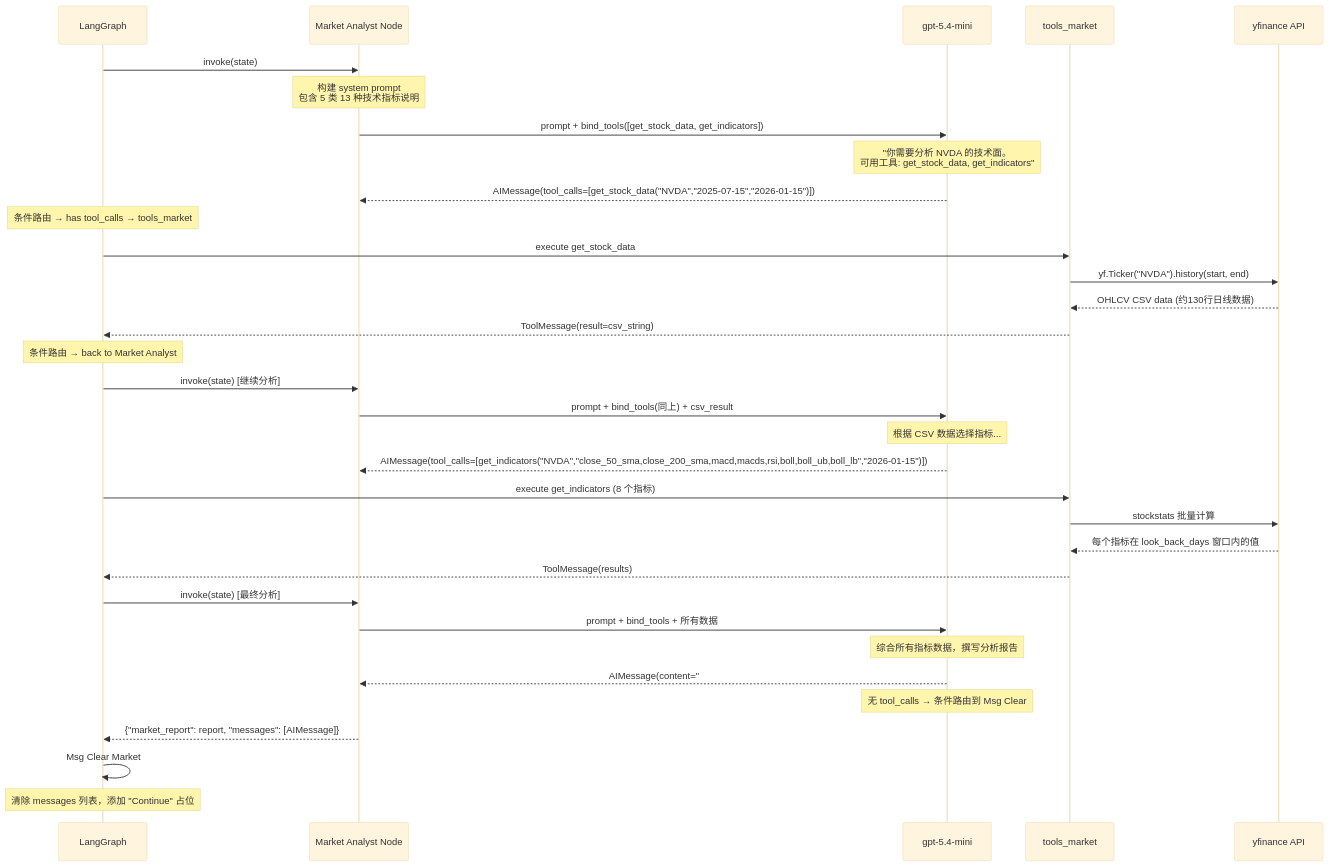
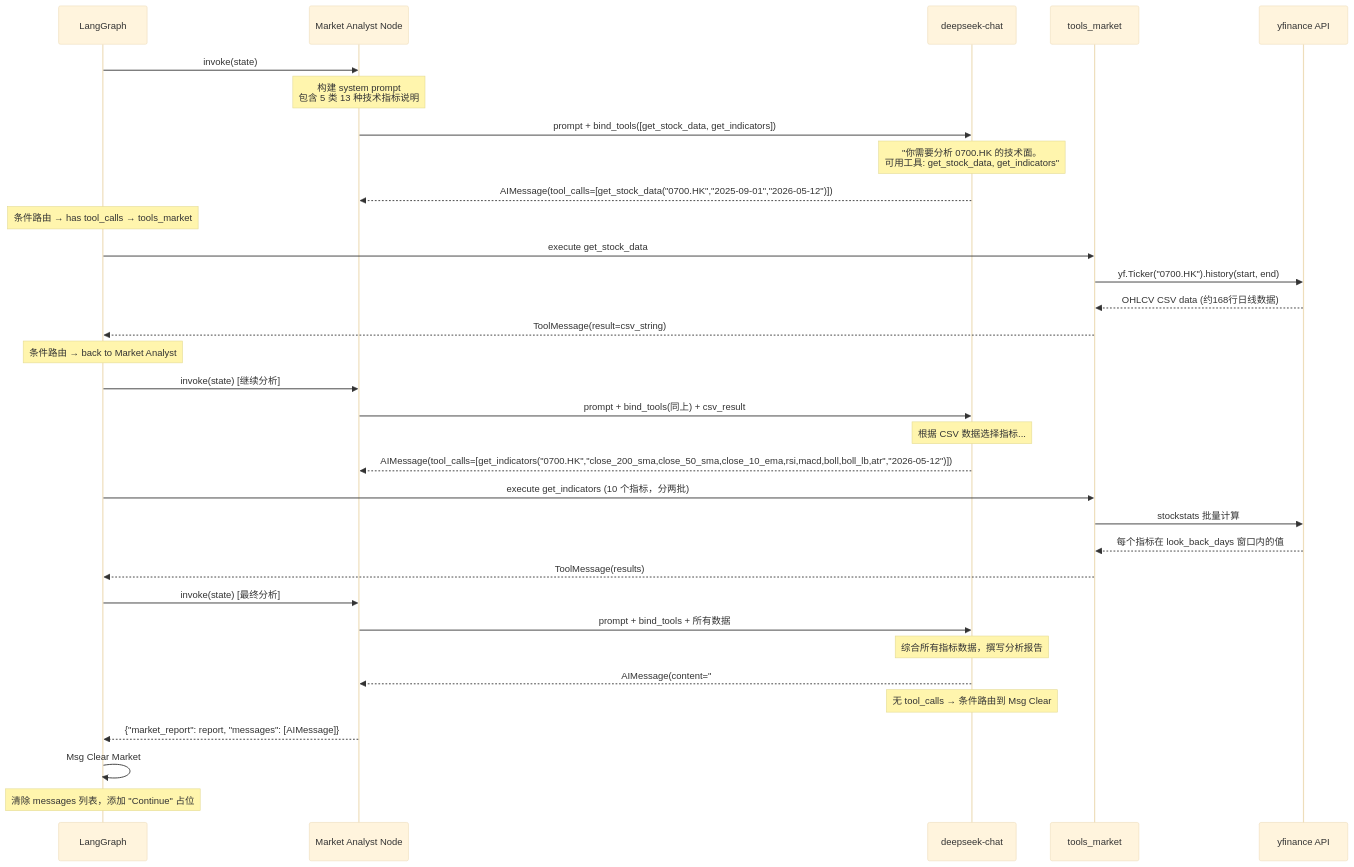
Before and after one commit to kindywu/TradingAgents: the fourth of 12 diagrams in docs/端到端案例文档.md, drawn with Mermaid (base theme). The commit also changed other lines of this file and 27 other files, not shown here.

````diff
--- a/docs/端到端案例文档.md
+++ b/docs/端到端案例文档.md
@@ -342,47 +282,47 @@
 ```mermaid
 sequenceDiagram
     participant Graph as LangGraph
     participant MA as Market Analyst Node
-    participant LLM as gpt-5.4-mini
+    participant LLM as deepseek-chat
     participant Tool as tools_market
     participant YF as yfinance API
 
     Graph->>MA: invoke(state)
     Note over MA: 构建 system prompt<br/>包含 5 类 13 种技术指标说明
 
     MA->>LLM: prompt + bind_tools([get_stock_data, get_indicators])
-    Note over LLM: "你需要分析 NVDA 的技术面。<br/>可用工具: get_stock_data, get_indicators"
+    Note over LLM: "你需要分析 0700.HK 的技术面。<br/>可用工具: get_stock_data, get_indicators"
 
-    LLM-->>MA: AIMessage(tool_calls=[get_stock_data("NVDA","2025-07-15","2026-01-15")])
+    LLM-->>MA: AIMessage(tool_calls=[get_stock_data("0700.HK","2025-09-01","2026-05-12")])
 
     Note over Graph: 条件路由 → has tool_calls → tools_market
     Graph->>Tool: execute get_stock_data
-    Tool->>YF: yf.Ticker("NVDA").history(start, end)
-    YF-->>Tool: OHLCV CSV data (约130行日线数据)
+    Tool->>YF: yf.Ticker("0700.HK").history(start, end)
+    YF-->>Tool: OHLCV CSV data (约168行日线数据)
     Tool-->>Graph: ToolMessage(result=csv_string)
 
     Note over Graph: 条件路由 → back to Market Analyst
     Graph->>MA: invoke(state) [继续分析]
 
     MA->>LLM: prompt + bind_tools(同上) + csv_result
     Note over LLM: 根据 CSV 数据选择指标...
 
-    LLM-->>MA: AIMessage(tool_calls=[get_indicators("NVDA","close_50_sma,close_200_sma,macd,macds,rsi,boll,boll_ub,boll_lb","2026-01-15")])
+    LLM-->>MA: AIMessage(tool_calls=[get_indicators("0700.HK","close_200_sma,close_50_sma,close_10_ema,rsi,macd,boll,boll_lb,atr","2026-05-12")])
 
-    Graph->>Tool: execute get_indicators (8 个指标)
+    Graph->>Tool: execute get_indicators (10 个指标，分两批)
     Tool->>YF: stockstats 批量计算
     YF-->>Tool: 每个指标在 look_back_days 窗口内的值
     Tool-->>Graph: ToolMessage(results)
 
     Graph->>MA: invoke(state) [最终分析]
 
     MA->>LLM: prompt + bind_tools + 所有数据
     Note over LLM: 综合所有指标数据，撰写分析报告
-    LLM-->>MA: AIMessage(content="## Market Analysis: NVDA\n\nTrend Overview:...")
+    LLM-->>MA: AIMessage(content="## Market Analysis: 0700.HK\n\nTrend Overview:...")
     Note over LLM: 无 tool_calls → 条件路由到 Msg Clear
 
     MA-->>Graph: {"market_report": report, "messages": [AIMessage]}
 
     Graph->>Graph: Msg Clear Market
     Note over Graph: 清除 messages 列表，添加 "Continue" 占位
 ```
````
